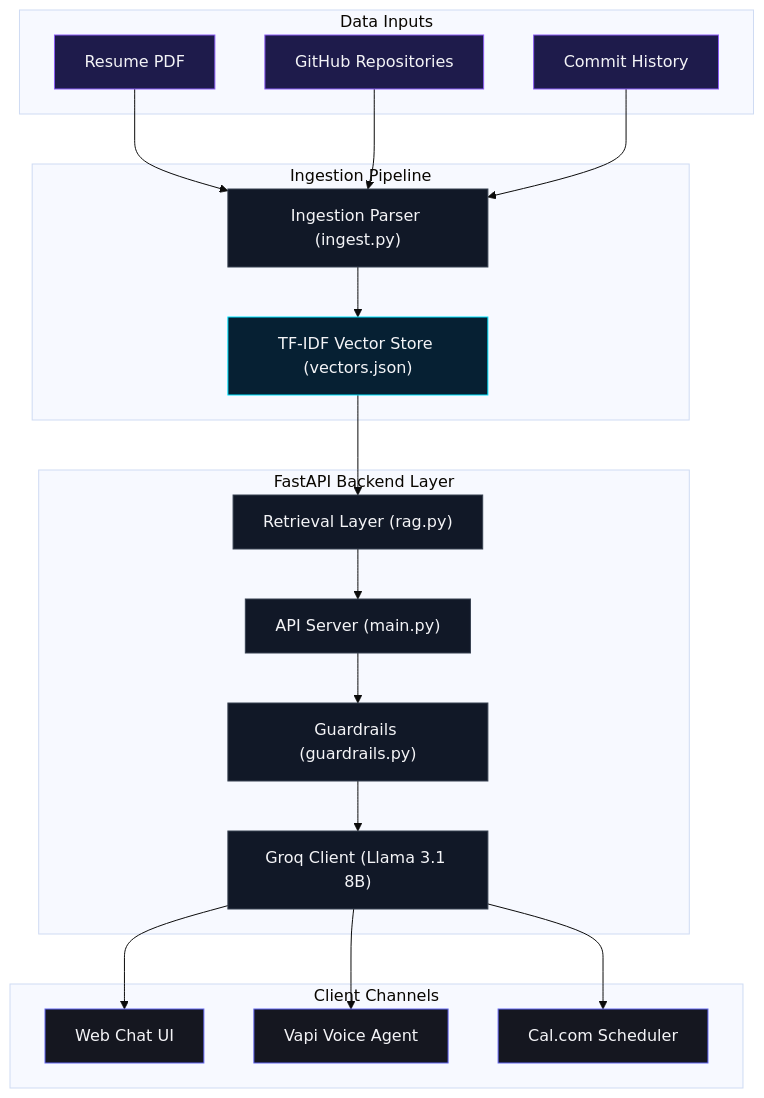
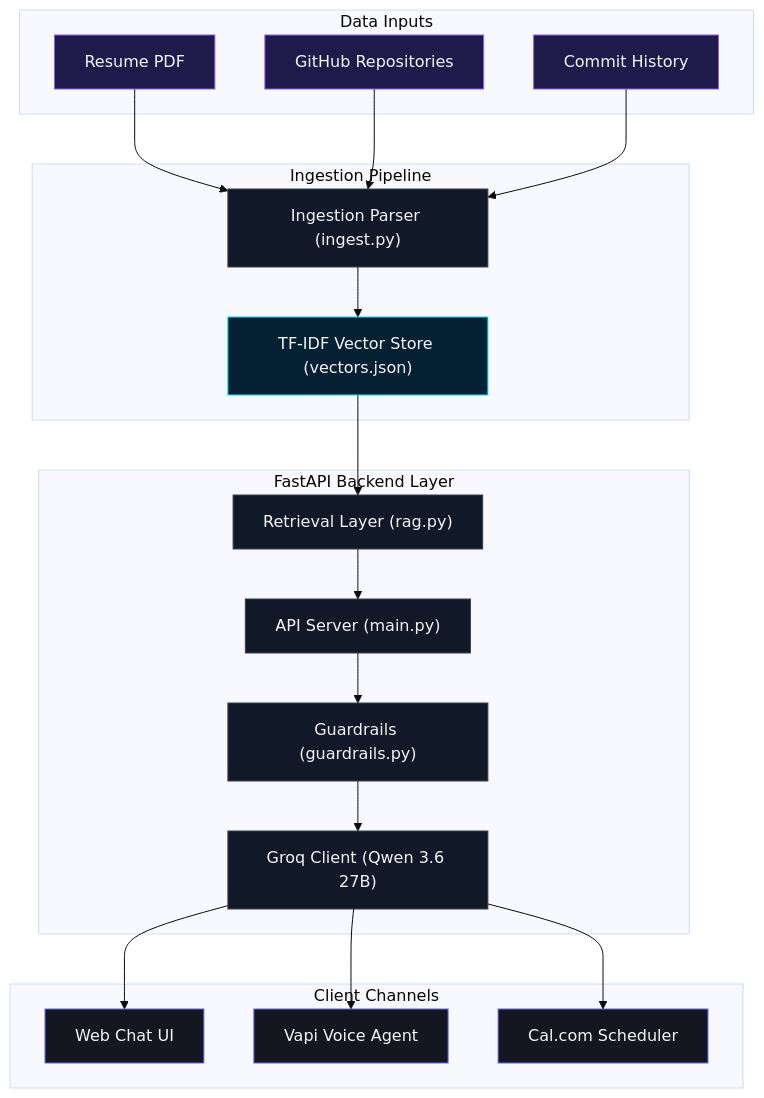
Before and after one commit to dkshah25/dharmit-ai-persona: the diagram in diagrams/architecture.md, drawn with Mermaid (base theme). The commit also changed 8 other files, not shown here.

````diff
--- a/diagrams/architecture.md
+++ b/diagrams/architecture.md
@@ -5,51 +5,51 @@
 ```mermaid
 graph TD
     %% Styling
     classDef source fill:#1e1b4b,stroke:#8b5cf6,stroke-width:1px,color:#f4f4f7
     classDef process fill:#111827,stroke:#374151,stroke-width:1px,color:#f4f4f7
     classDef database fill:#062033,stroke:#00e5ff,stroke-width:1px,color:#f4f4f7
     classDef channel fill:#151720,stroke:#6366f1,stroke-width:1px,color:#f4f4f7
 
     %% Data Sources
     subgraph Sources["Data Inputs"]
         Resume["Resume PDF"]:::source
         GitHub["GitHub Repositories"]:::source
         Commits["Commit History"]:::source
     end
 
     %% Ingestion
     subgraph Ingestion["Ingestion Pipeline"]
         Parser["Ingestion Parser (ingest.py)"]:::process
         Store["TF-IDF Vector Store (vectors.json)"]:::database
     end
 
     %% Backend
     subgraph Backend["FastAPI Backend Layer"]
         MainAPI["API Server (main.py)"]:::process
         RAG["Retrieval Layer (rag.py)"]:::process
         Guard["Guardrails (guardrails.py)"]:::process
-        LLM["Groq Client (Llama 3.1 8B)"]:::process
+        LLM["Groq Client (Qwen 3.6 27B)"]:::process
     end
 
     %% Channels
     subgraph Channels["Client Channels"]
         Chat["Web Chat UI"]:::channel
         Voice["Vapi Voice Agent"]:::channel
         Cal["Cal.com Scheduler"]:::channel
     end
 
     %% Connections
     Resume --> Parser
     GitHub --> Parser
     Commits --> Parser
     Parser --> Store
     
     Store --> RAG
     RAG --> MainAPI
     MainAPI --> Guard
     Guard --> LLM
     
     LLM --> Chat
     LLM --> Voice
     LLM --> Cal
 ```
````
